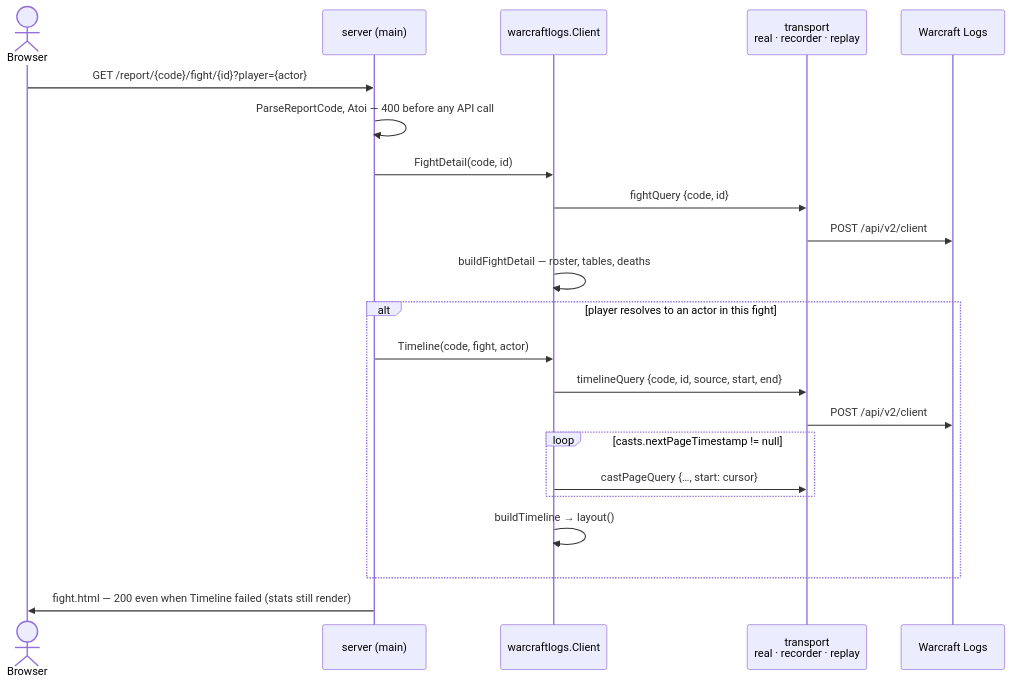
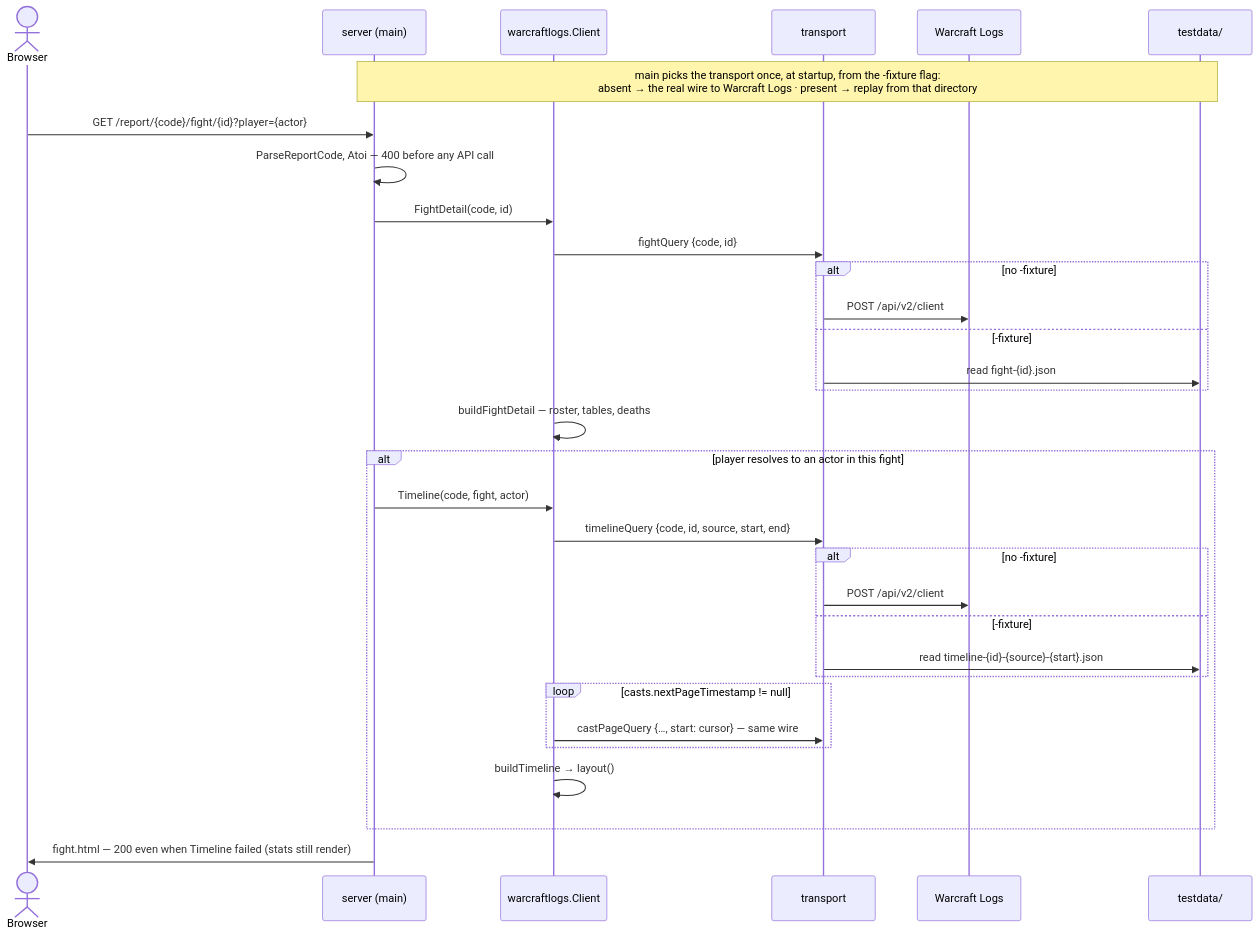
The third of 3 diagrams in ARCHITECTURE.md (Gabriel2048/wow-insights), drawn with Mermaid before and after one commit. The commit also changed other lines of this file, not shown here.

Commit message:
Show the two wires the -fixture flag chooses between
The request sequence now branches at the transport on every query, with
the replay's directory as its own participant, and the package view's
seam edge names the flag.

Claude-Session: https://claude.ai/code/session_01BQKntxwDvnhuBFrsNmRnie

````diff
--- a/ARCHITECTURE.md
+++ b/ARCHITECTURE.md
@@ -99,25 +99,36 @@
 ```mermaid
 sequenceDiagram
     actor B as Browser
     participant S as server (main)
     participant C as warcraftlogs.Client
-    participant T as transport<br/>real · recorder · replay
+    participant T as transport
     participant W as Warcraft Logs
+    participant F as testdata/
+
+    Note over S,F: main picks the transport once, at startup, from the -fixture flag:<br/>absent → the real wire to Warcraft Logs · present → replay from that directory
 
     B->>S: GET /report/{code}/fight/{id}?player={actor}
     S->>S: ParseReportCode, Atoi — 400 before any API call
     S->>C: FightDetail(code, id)
     C->>T: fightQuery {code, id}
-    T->>W: POST /api/v2/client
+    alt no -fixture
+        T->>W: POST /api/v2/client
+    else -fixture
+        T->>F: read fight-{id}.json
+    end
     C->>C: buildFightDetail — roster, tables, deaths
     alt player resolves to an actor in this fight
         S->>C: Timeline(code, fight, actor)
         C->>T: timelineQuery {code, id, source, start, end}
-        T->>W: POST /api/v2/client
+        alt no -fixture
+            T->>W: POST /api/v2/client
+        else -fixture
+            T->>F: read timeline-{id}-{source}-{start}.json
+        end
         loop casts.nextPageTimestamp != null
-            C->>T: castPageQuery {…, start: cursor}
+            C->>T: castPageQuery {…, start: cursor} — same wire
         end
         C->>C: buildTimeline → layout()
     end
     S->>B: fight.html — 200 even when Timeline failed (stats still render)
 ```
````
